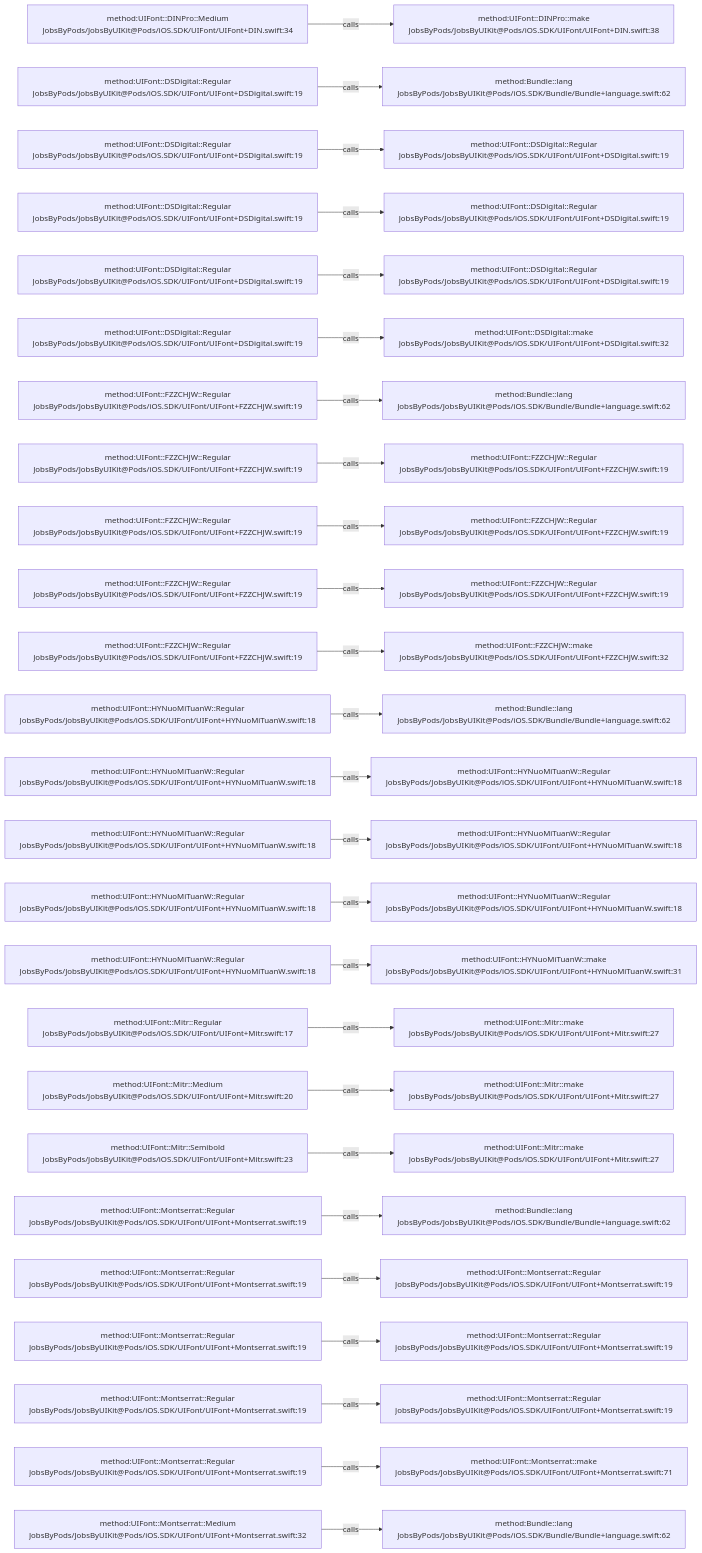
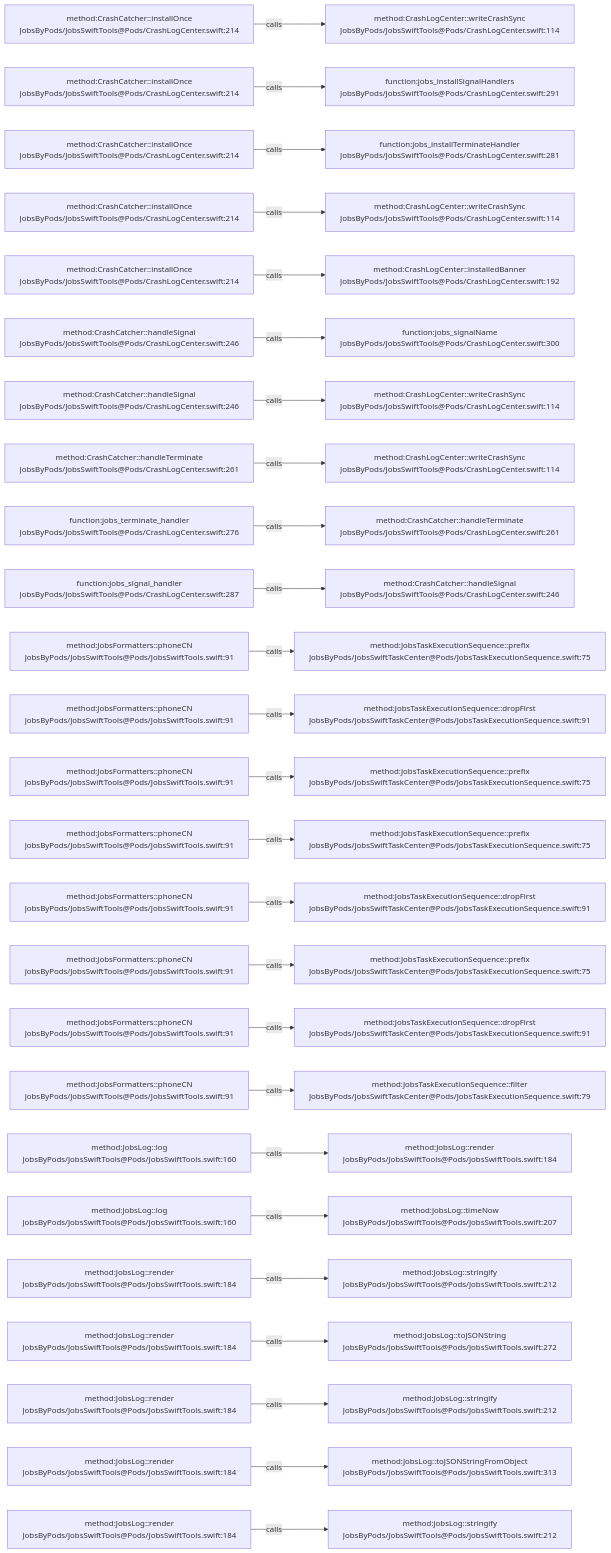
The diagram in .codegraph/codegraph.md/graphs/calls-063.md (JobsKits/JobsSwiftBaseConfigDemo), drawn with Mermaid before and after one commit. The commit also changed 569 other files, not shown here.

````diff
--- a/.codegraph/codegraph.md/graphs/calls-063.md
+++ b/.codegraph/codegraph.md/graphs/calls-063.md
@@ -13,78 +13,78 @@
 ```mermaid
 flowchart LR
-  S1["method:UIFont::DINPro::Medium<br/>JobsByPods/JobsByUIKit@Pods/iOS.SDK/UIFont/UIFont+DIN.swift:34"]
-  T1["method:UIFont::DINPro::make<br/>JobsByPods/JobsByUIKit@Pods/iOS.SDK/UIFont/UIFont+DIN.swift:38"]
+  S1["method:CrashCatcher::installOnce<br/>JobsByPods/JobsSwiftTools@Pods/CrashLogCenter.swift:214"]
+  T1["method:CrashLogCenter::writeCrashSync<br/>JobsByPods/JobsSwiftTools@Pods/CrashLogCenter.swift:114"]
   S1 -->|calls| T1
-  S2["method:UIFont::DSDigital::Regular<br/>JobsByPods/JobsByUIKit@Pods/iOS.SDK/UIFont/UIFont+DSDigital.swift:19"]
-  T2["method:Bundle::lang<br/>JobsByPods/JobsByUIKit@Pods/iOS.SDK/Bundle/Bundle+language.swift:62"]
+  S2["method:CrashCatcher::installOnce<br/>JobsByPods/JobsSwiftTools@Pods/CrashLogCenter.swift:214"]
+  T2["function:jobs_installSignalHandlers<br/>JobsByPods/JobsSwiftTools@Pods/CrashLogCenter.swift:291"]
   S2 -->|calls| T2
-  S3["method:UIFont::DSDigital::Regular<br/>JobsByPods/JobsByUIKit@Pods/iOS.SDK/UIFont/UIFont+DSDigital.swift:19"]
-  T3["method:UIFont::DSDigital::Regular<br/>JobsByPods/JobsByUIKit@Pods/iOS.SDK/UIFont/UIFont+DSDigital.swift:19"]
+  S3["method:CrashCatcher::installOnce<br/>JobsByPods/JobsSwiftTools@Pods/CrashLogCenter.swift:214"]
+  T3["function:jobs_installTerminateHandler<br/>JobsByPods/JobsSwiftTools@Pods/CrashLogCenter.swift:281"]
   S3 -->|calls| T3
-  S4["method:UIFont::DSDigital::Regular<br/>JobsByPods/JobsByUIKit@Pods/iOS.SDK/UIFont/UIFont+DSDigital.swift:19"]
-  T4["method:UIFont::DSDigital::Regular<br/>JobsByPods/JobsByUIKit@Pods/iOS.SDK/UIFont/UIFont+DSDigital.swift:19"]
+  S4["method:CrashCatcher::installOnce<br/>JobsByPods/JobsSwiftTools@Pods/CrashLogCenter.swift:214"]
+  T4["method:CrashLogCenter::writeCrashSync<br/>JobsByPods/JobsSwiftTools@Pods/CrashLogCenter.swift:114"]
   S4 -->|calls| T4
-  S5["method:UIFont::DSDigital::Regular<br/>JobsByPods/JobsByUIKit@Pods/iOS.SDK/UIFont/UIFont+DSDigital.swift:19"]
-  T5["method:UIFont::DSDigital::Regular<br/>JobsByPods/JobsByUIKit@Pods/iOS.SDK/UIFont/UIFont+DSDigital.swift:19"]
+  S5["method:CrashCatcher::installOnce<br/>JobsByPods/JobsSwiftTools@Pods/CrashLogCenter.swift:214"]
+  T5["method:CrashLogCenter::installedBanner<br/>JobsByPods/JobsSwiftTools@Pods/CrashLogCenter.swift:192"]
   S5 -->|calls| T5
-  S6["method:UIFont::DSDigital::Regular<br/>JobsByPods/JobsByUIKit@Pods/iOS.SDK/UIFont/UIFont+DSDigital.swift:19"]
-  T6["method:UIFont::DSDigital::make<br/>JobsByPods/JobsByUIKit@Pods/iOS.SDK/UIFont/UIFont+DSDigital.swift:32"]
+  S6["method:CrashCatcher::handleSignal<br/>JobsByPods/JobsSwiftTools@Pods/CrashLogCenter.swift:246"]
+  T6["function:jobs_signalName<br/>JobsByPods/JobsSwiftTools@Pods/CrashLogCenter.swift:300"]
   S6 -->|calls| T6
-  S7["method:UIFont::FZZCHJW::Regular<br/>JobsByPods/JobsByUIKit@Pods/iOS.SDK/UIFont/UIFont+FZZCHJW.swift:19"]
-  T7["method:Bundle::lang<br/>JobsByPods/JobsByUIKit@Pods/iOS.SDK/Bundle/Bundle+language.swift:62"]
+  S7["method:CrashCatcher::handleSignal<br/>JobsByPods/JobsSwiftTools@Pods/CrashLogCenter.swift:246"]
+  T7["method:CrashLogCenter::writeCrashSync<br/>JobsByPods/JobsSwiftTools@Pods/CrashLogCenter.swift:114"]
   S7 -->|calls| T7
-  S8["method:UIFont::FZZCHJW::Regular<br/>JobsByPods/JobsByUIKit@Pods/iOS.SDK/UIFont/UIFont+FZZCHJW.swift:19"]
-  T8["method:UIFont::FZZCHJW::Regular<br/>JobsByPods/JobsByUIKit@Pods/iOS.SDK/UIFont/UIFont+FZZCHJW.swift:19"]
+  S8["method:CrashCatcher::handleTerminate<br/>JobsByPods/JobsSwiftTools@Pods/CrashLogCenter.swift:261"]
+  T8["method:CrashLogCenter::writeCrashSync<br/>JobsByPods/JobsSwiftTools@Pods/CrashLogCenter.swift:114"]
   S8 -->|calls| T8
-  S9["method:UIFont::FZZCHJW::Regular<br/>JobsByPods/JobsByUIKit@Pods/iOS.SDK/UIFont/UIFont+FZZCHJW.swift:19"]
-  T9["method:UIFont::FZZCHJW::Regular<br/>JobsByPods/JobsByUIKit@Pods/iOS.SDK/UIFont/UIFont+FZZCHJW.swift:19"]
+  S9["function:jobs_terminate_handler<br/>JobsByPods/JobsSwiftTools@Pods/CrashLogCenter.swift:276"]
+  T9["method:CrashCatcher::handleTerminate<br/>JobsByPods/JobsSwiftTools@Pods/CrashLogCenter.swift:261"]
   S9 -->|calls| T9
-  S10["method:UIFont::FZZCHJW::Regular<br/>JobsByPods/JobsByUIKit@Pods/iOS.SDK/UIFont/UIFont+FZZCHJW.swift:19"]
-  T10["method:UIFont::FZZCHJW::Regular<br/>JobsByPods/JobsByUIKit@Pods/iOS.SDK/UIFont/UIFont+FZZCHJW.swift:19"]
+  S10["function:jobs_signal_handler<br/>JobsByPods/JobsSwiftTools@Pods/CrashLogCenter.swift:287"]
+  T10["method:CrashCatcher::handleSignal<br/>JobsByPods/JobsSwiftTools@Pods/CrashLogCenter.swift:246"]
   S10 -->|calls| T10
-  S11["method:UIFont::FZZCHJW::Regular<br/>JobsByPods/JobsByUIKit@Pods/iOS.SDK/UIFont/UIFont+FZZCHJW.swift:19"]
-  T11["method:UIFont::FZZCHJW::make<br/>JobsByPods/JobsByUIKit@Pods/iOS.SDK/UIFont/UIFont+FZZCHJW.swift:32"]
+  S11["method:JobsFormatters::phoneCN<br/>JobsByPods/JobsSwiftTools@Pods/JobsSwiftTools.swift:91"]
+  T11["method:JobsTaskExecutionSequence::prefix<br/>JobsByPods/JobsSwiftTaskCenter@Pods/JobsTaskExecutionSequence.swift:75"]
   S11 -->|calls| T11
-  S12["method:UIFont::HYNuoMiTuanW::Regular<br/>JobsByPods/JobsByUIKit@Pods/iOS.SDK/UIFont/UIFont+HYNuoMiTuanW.swift:18"]
-  T12["method:Bundle::lang<br/>JobsByPods/JobsByUIKit@Pods/iOS.SDK/Bundle/Bundle+language.swift:62"]
+  S12["method:JobsFormatters::phoneCN<br/>JobsByPods/JobsSwiftTools@Pods/JobsSwiftTools.swift:91"]
+  T12["method:JobsTaskExecutionSequence::dropFirst<br/>JobsByPods/JobsSwiftTaskCenter@Pods/JobsTaskExecutionSequence.swift:91"]
   S12 -->|calls| T12
-  S13["method:UIFont::HYNuoMiTuanW::Regular<br/>JobsByPods/JobsByUIKit@Pods/iOS.SDK/UIFont/UIFont+HYNuoMiTuanW.swift:18"]
-  T13["method:UIFont::HYNuoMiTuanW::Regular<br/>JobsByPods/JobsByUIKit@Pods/iOS.SDK/UIFont/UIFont+HYNuoMiTuanW.swift:18"]
+  S13["method:JobsFormatters::phoneCN<br/>JobsByPods/JobsSwiftTools@Pods/JobsSwiftTools.swift:91"]
+  T13["method:JobsTaskExecutionSequence::prefix<br/>JobsByPods/JobsSwiftTaskCenter@Pods/JobsTaskExecutionSequence.swift:75"]
   S13 -->|calls| T13
-  S14["method:UIFont::HYNuoMiTuanW::Regular<br/>JobsByPods/JobsByUIKit@Pods/iOS.SDK/UIFont/UIFont+HYNuoMiTuanW.swift:18"]
-  T14["method:UIFont::HYNuoMiTuanW::Regular<br/>JobsByPods/JobsByUIKit@Pods/iOS.SDK/UIFont/UIFont+HYNuoMiTuanW.swift:18"]
+  S14["method:JobsFormatters::phoneCN<br/>JobsByPods/JobsSwiftTools@Pods/JobsSwiftTools.swift:91"]
+  T14["method:JobsTaskExecutionSequence::prefix<br/>JobsByPods/JobsSwiftTaskCenter@Pods/JobsTaskExecutionSequence.swift:75"]
   S14 -->|calls| T14
-  S15["method:UIFont::HYNuoMiTuanW::Regular<br/>JobsByPods/JobsByUIKit@Pods/iOS.SDK/UIFont/UIFont+HYNuoMiTuanW.swift:18"]
-  T15["method:UIFont::HYNuoMiTuanW::Regular<br/>JobsByPods/JobsByUIKit@Pods/iOS.SDK/UIFont/UIFont+HYNuoMiTuanW.swift:18"]
+  S15["method:JobsFormatters::phoneCN<br/>JobsByPods/JobsSwiftTools@Pods/JobsSwiftTools.swift:91"]
+  T15["method:JobsTaskExecutionSequence::dropFirst<br/>JobsByPods/JobsSwiftTaskCenter@Pods/JobsTaskExecutionSequence.swift:91"]
   S15 -->|calls| T15
-  S16["method:UIFont::HYNuoMiTuanW::Regular<br/>JobsByPods/JobsByUIKit@Pods/iOS.SDK/UIFont/UIFont+HYNuoMiTuanW.swift:18"]
-  T16["method:UIFont::HYNuoMiTuanW::make<br/>JobsByPods/JobsByUIKit@Pods/iOS.SDK/UIFont/UIFont+HYNuoMiTuanW.swift:31"]
+  S16["method:JobsFormatters::phoneCN<br/>JobsByPods/JobsSwiftTools@Pods/JobsSwiftTools.swift:91"]
+  T16["method:JobsTaskExecutionSequence::prefix<br/>JobsByPods/JobsSwiftTaskCenter@Pods/JobsTaskExecutionSequence.swift:75"]
   S16 -->|calls| T16
-  S17["method:UIFont::Mitr::Regular<br/>JobsByPods/JobsByUIKit@Pods/iOS.SDK/UIFont/UIFont+Mitr.swift:17"]
-  T17["method:UIFont::Mitr::make<br/>JobsByPods/JobsByUIKit@Pods/iOS.SDK/UIFont/UIFont+Mitr.swift:27"]
+  S17["method:JobsFormatters::phoneCN<br/>JobsByPods/JobsSwiftTools@Pods/JobsSwiftTools.swift:91"]
+  T17["method:JobsTaskExecutionSequence::dropFirst<br/>JobsByPods/JobsSwiftTaskCenter@Pods/JobsTaskExecutionSequence.swift:91"]
   S17 -->|calls| T17
-  S18["method:UIFont::Mitr::Medium<br/>JobsByPods/JobsByUIKit@Pods/iOS.SDK/UIFont/UIFont+Mitr.swift:20"]
-  T18["method:UIFont::Mitr::make<br/>JobsByPods/JobsByUIKit@Pods/iOS.SDK/UIFont/UIFont+Mitr.swift:27"]
+  S18["method:JobsFormatters::phoneCN<br/>JobsByPods/JobsSwiftTools@Pods/JobsSwiftTools.swift:91"]
+  T18["method:JobsTaskExecutionSequence::filter<br/>JobsByPods/JobsSwiftTaskCenter@Pods/JobsTaskExecutionSequence.swift:79"]
   S18 -->|calls| T18
-  S19["method:UIFont::Mitr::Semibold<br/>JobsByPods/JobsByUIKit@Pods/iOS.SDK/UIFont/UIFont+Mitr.swift:23"]
-  T19["method:UIFont::Mitr::make<br/>JobsByPods/JobsByUIKit@Pods/iOS.SDK/UIFont/UIFont+Mitr.swift:27"]
+  S19["method:JobsLog::log<br/>JobsByPods/JobsSwiftTools@Pods/JobsSwiftTools.swift:160"]
+  T19["method:JobsLog::render<br/>JobsByPods/JobsSwiftTools@Pods/JobsSwiftTools.swift:184"]
   S19 -->|calls| T19
-  S20["method:UIFont::Montserrat::Regular<br/>JobsByPods/JobsByUIKit@Pods/iOS.SDK/UIFont/UIFont+Montserrat.swift:19"]
-  T20["method:Bundle::lang<br/>JobsByPods/JobsByUIKit@Pods/iOS.SDK/Bundle/Bundle+language.swift:62"]
+  S20["method:JobsLog::log<br/>JobsByPods/JobsSwiftTools@Pods/JobsSwiftTools.swift:160"]
+  T20["method:JobsLog::timeNow<br/>JobsByPods/JobsSwiftTools@Pods/JobsSwiftTools.swift:207"]
   S20 -->|calls| T20
-  S21["method:UIFont::Montserrat::Regular<br/>JobsByPods/JobsByUIKit@Pods/iOS.SDK/UIFont/UIFont+Montserrat.swift:19"]
-  T21["method:UIFont::Montserrat::Regular<br/>JobsByPods/JobsByUIKit@Pods/iOS.SDK/UIFont/UIFont+Montserrat.swift:19"]
+  S21["method:JobsLog::render<br/>JobsByPods/JobsSwiftTools@Pods/JobsSwiftTools.swift:184"]
+  T21["method:JobsLog::stringify<br/>JobsByPods/JobsSwiftTools@Pods/JobsSwiftTools.swift:212"]
   S21 -->|calls| T21
-  S22["method:UIFont::Montserrat::Regular<br/>JobsByPods/JobsByUIKit@Pods/iOS.SDK/UIFont/UIFont+Montserrat.swift:19"]
-  T22["method:UIFont::Montserrat::Regular<br/>JobsByPods/JobsByUIKit@Pods/iOS.SDK/UIFont/UIFont+Montserrat.swift:19"]
+  S22["method:JobsLog::render<br/>JobsByPods/JobsSwiftTools@Pods/JobsSwiftTools.swift:184"]
+  T22["method:JobsLog::toJSONString<br/>JobsByPods/JobsSwiftTools@Pods/JobsSwiftTools.swift:272"]
   S22 -->|calls| T22
-  S23["method:UIFont::Montserrat::Regular<br/>JobsByPods/JobsByUIKit@Pods/iOS.SDK/UIFont/UIFont+Montserrat.swift:19"]
-  T23["method:UIFont::Montserrat::Regular<br/>JobsByPods/JobsByUIKit@Pods/iOS.SDK/UIFont/UIFont+Montserrat.swift:19"]
+  S23["method:JobsLog::render<br/>JobsByPods/JobsSwiftTools@Pods/JobsSwiftTools.swift:184"]
+  T23["method:JobsLog::stringify<br/>JobsByPods/JobsSwiftTools@Pods/JobsSwiftTools.swift:212"]
   S23 -->|calls| T23
-  S24["method:UIFont::Montserrat::Regular<br/>JobsByPods/JobsByUIKit@Pods/iOS.SDK/UIFont/UIFont+Montserrat.swift:19"]
-  T24["method:UIFont::Montserrat::make<br/>JobsByPods/JobsByUIKit@Pods/iOS.SDK/UIFont/UIFont+Montserrat.swift:71"]
+  S24["method:JobsLog::render<br/>JobsByPods/JobsSwiftTools@Pods/JobsSwiftTools.swift:184"]
+  T24["method:JobsLog::toJSONStringFromObject<br/>JobsByPods/JobsSwiftTools@Pods/JobsSwiftTools.swift:313"]
   S24 -->|calls| T24
-  S25["method:UIFont::Montserrat::Medium<br/>JobsByPods/JobsByUIKit@Pods/iOS.SDK/UIFont/UIFont+Montserrat.swift:32"]
-  T25["method:Bundle::lang<br/>JobsByPods/JobsByUIKit@Pods/iOS.SDK/Bundle/Bundle+language.swift:62"]
+  S25["method:JobsLog::render<br/>JobsByPods/JobsSwiftTools@Pods/JobsSwiftTools.swift:184"]
+  T25["method:JobsLog::stringify<br/>JobsByPods/JobsSwiftTools@Pods/JobsSwiftTools.swift:212"]
   S25 -->|calls| T25
 ```
````
